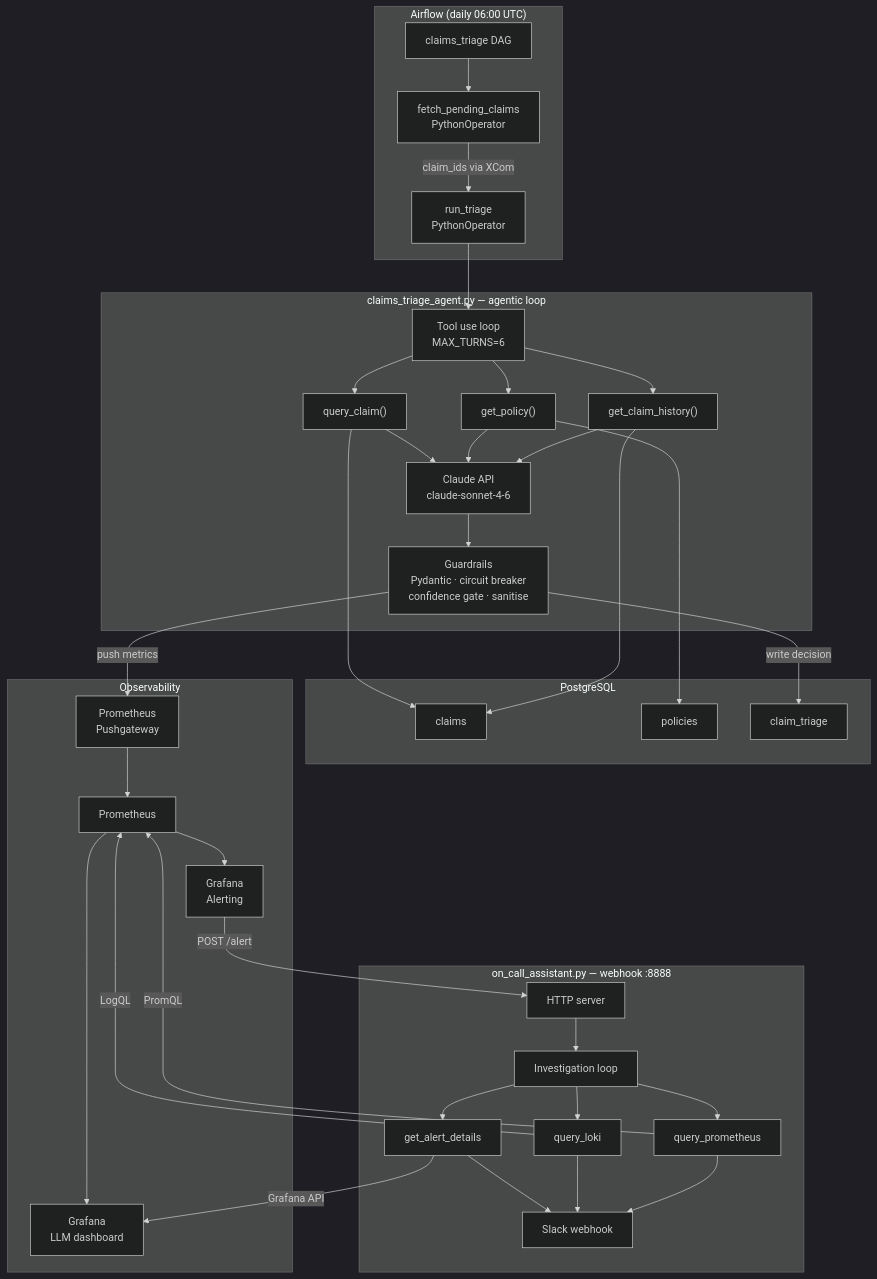
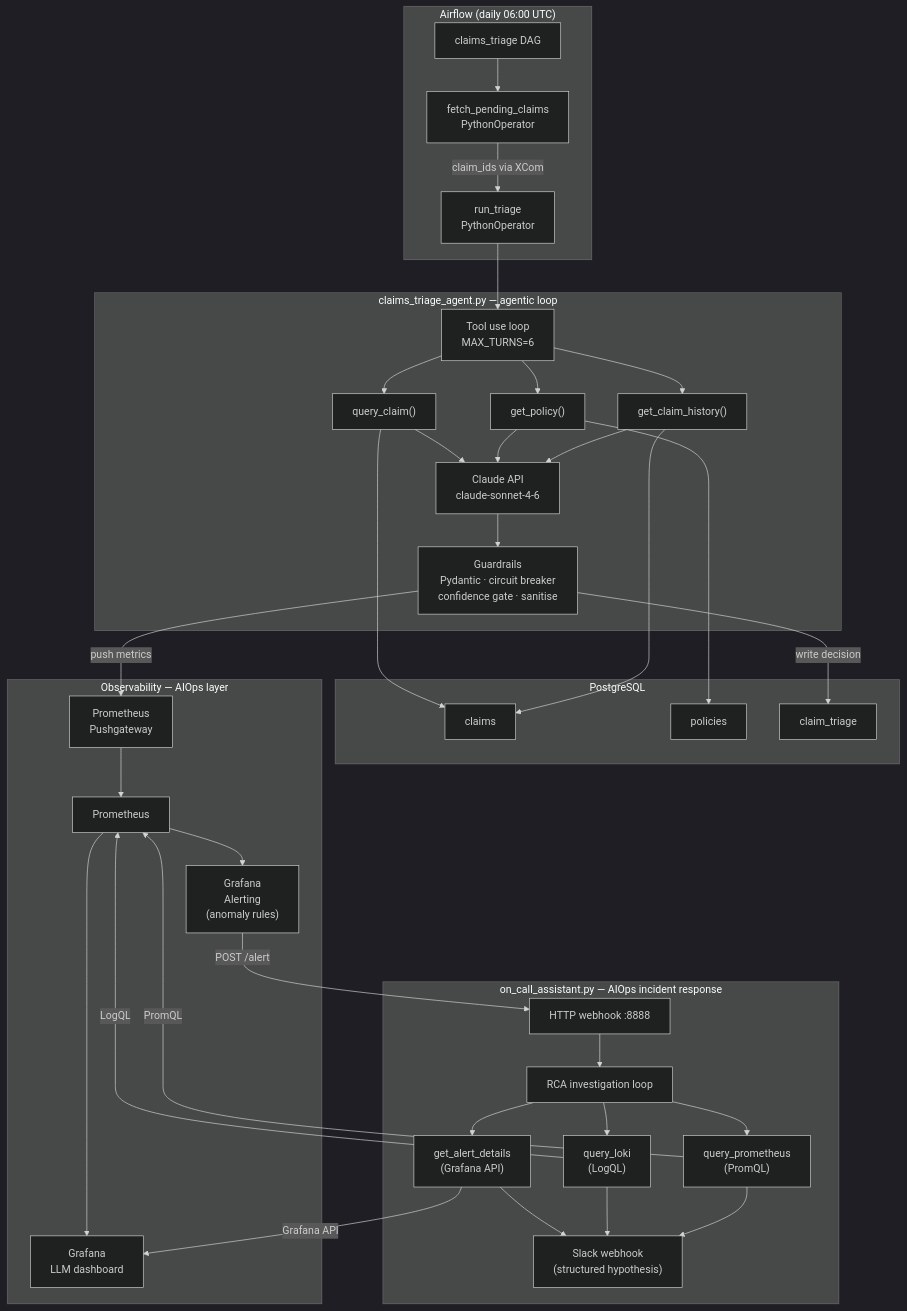
One commit to wb-platform-engineering-lab/platform-engineering-lab-gke changed the diagram in phase-12-genai/README.md. Above: the diagram before and after it, drawn with Mermaid (dark theme). The commit also changed other lines of this file and 1 other file, not shown here.

First line of the commit message:
docs(phase-12): reframe as AIOps — automated RCA, anomaly detection, intelligent alerting

````diff
--- a/phase-12-genai/README.md
+++ b/phase-12-genai/README.md
@@ -35,55 +60,55 @@
 ```mermaid
 flowchart TD
     subgraph Airflow["Airflow (daily 06:00 UTC)"]
         DAG["claims_triage DAG"]
         T1["fetch_pending_claims\nPythonOperator"]
         T2["run_triage\nPythonOperator"]
         DAG --> T1 -->|"claim_ids via XCom"| T2
     end
 
     subgraph Agent["claims_triage_agent.py — agentic loop"]
         LOOP["Tool use loop\nMAX_TURNS=6"]
         TC1["query_claim()"]
         TC2["get_policy()"]
         TC3["get_claim_history()"]
         CLAUDE["Claude API\nclaude-sonnet-4-6"]
         GUARD["Guardrails\nPydantic · circuit breaker\nconfidence gate · sanitise"]
         LOOP --> TC1 & TC2 & TC3 --> CLAUDE --> GUARD
     end
 
     subgraph PG["PostgreSQL"]
         CLAIMS["claims"]
         POLICIES["policies"]
         TRIAGE["claim_triage"]
     end
 
-    subgraph Observability["Observability"]
+    subgraph Observability["Observability — AIOps layer"]
         PGW["Prometheus\nPushgateway"]
         PROM["Prometheus"]
         GRAF["Grafana\nLLM dashboard"]
-        ALERT["Grafana\nAlerting"]
+        ALERT["Grafana\nAlerting\n(anomaly rules)"]
     end
 
-    subgraph OnCall["on_call_assistant.py — webhook :8888"]
-        WH["HTTP server"]
-        INV["Investigation loop"]
-        TG["get_alert_details"]
-        TL["query_loki"]
-        TP["query_prometheus"]
-        SLACK["Slack webhook"]
+    subgraph OnCall["on_call_assistant.py — AIOps incident response"]
+        WH["HTTP webhook :8888"]
+        INV["RCA investigation loop"]
+        TG["get_alert_details\n(Grafana API)"]
+        TL["query_loki\n(LogQL)"]
+        TP["query_prometheus\n(PromQL)"]
+        SLACK["Slack webhook\n(structured hypothesis)"]
         WH --> INV --> TG & TL & TP --> SLACK
     end
 
     T2 --> LOOP
     TC1 --> CLAIMS
     TC2 --> POLICIES
     TC3 --> CLAIMS
     GUARD -->|"write decision"| TRIAGE
     GUARD -->|"push metrics"| PGW
     PGW --> PROM --> GRAF
     PROM --> ALERT
     ALERT -->|"POST /alert"| WH
     TG -->|"Grafana API"| GRAF
     TL -->|"LogQL"| PROM
     TP -->|"PromQL"| PROM
 ```
````
